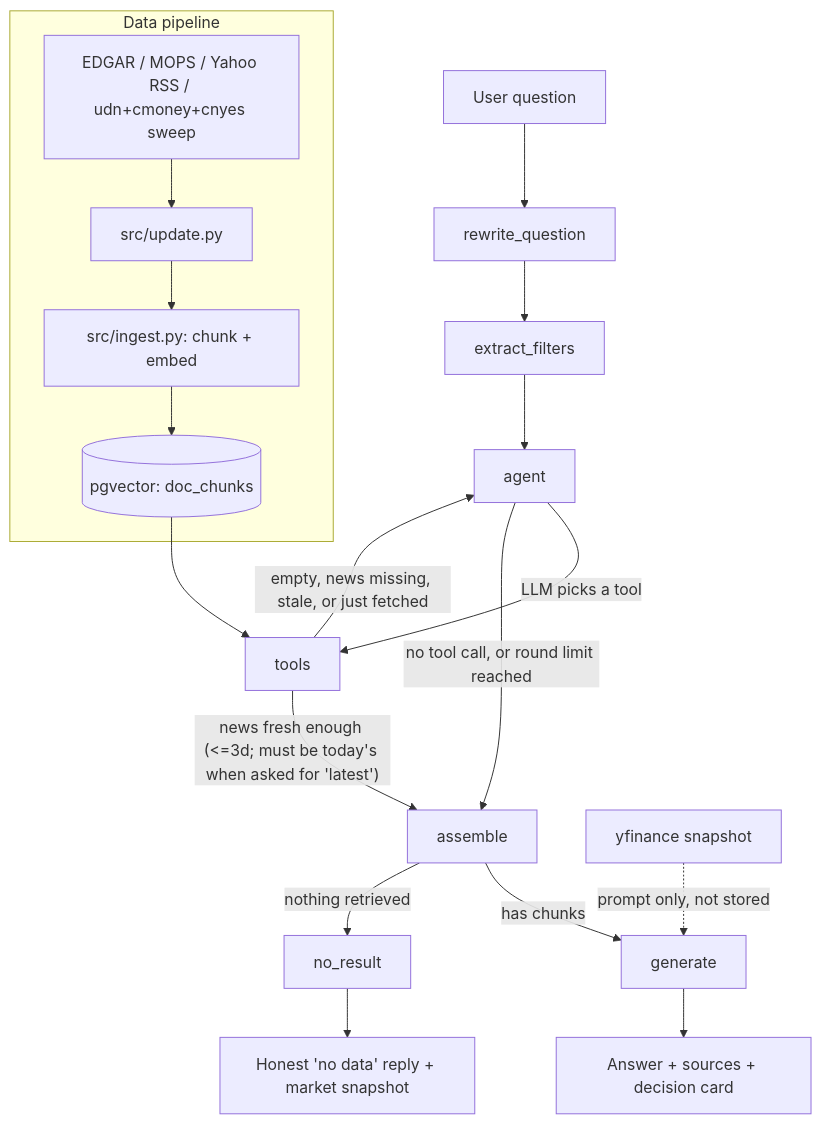
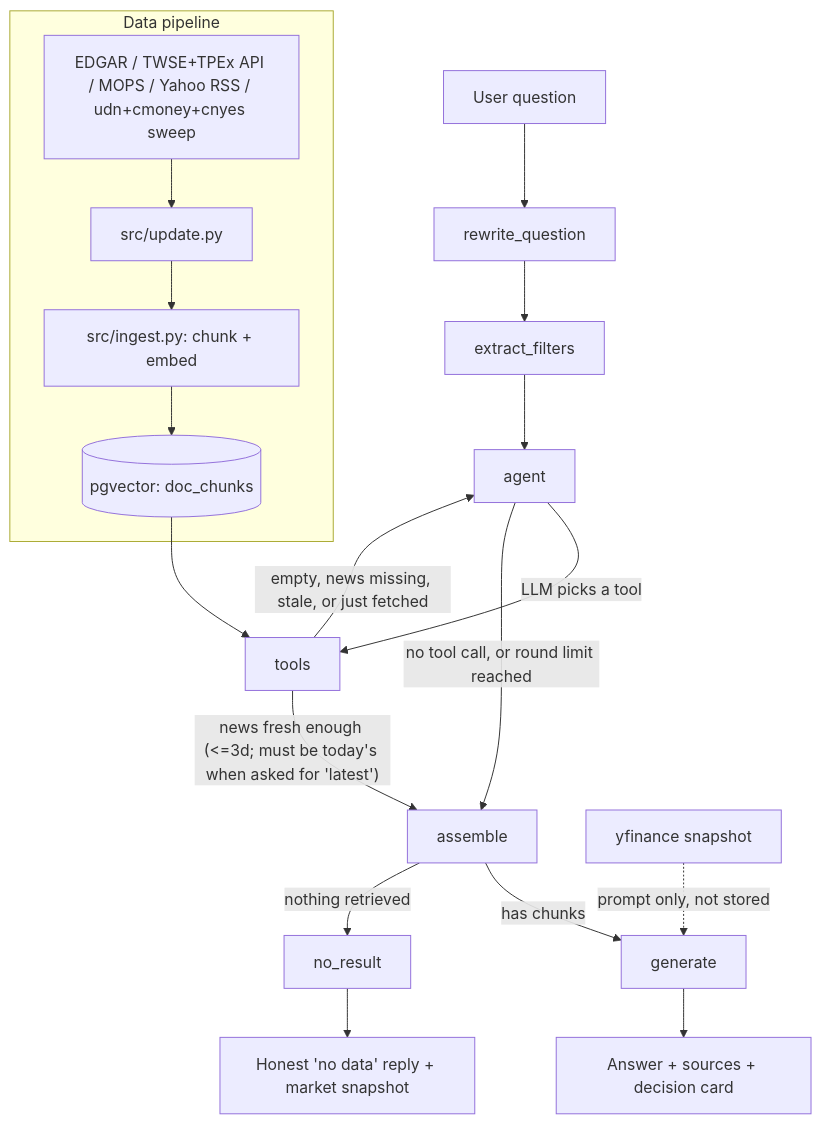
The first of 2 diagrams in README.md (thelilywang/finance-ai-assistant), drawn with Mermaid before and after one commit. The commit also changed other lines of this file and 7 other files, not shown here.

First line of the commit message:
feat(update): fetch TW filings from official API alongside MOPS

````diff
--- a/README.md
+++ b/README.md
@@ -66,22 +66,22 @@
 ```mermaid
 flowchart TD
     U[User question] --> RW[rewrite_question]
     RW --> EF[extract_filters]
     EF --> AG[agent]
     AG -->|LLM picks a tool| TL[tools]
     AG -->|no tool call, or round limit reached| AS[assemble]
     TL -->|"news fresh enough (<=3d; must be today's when asked for 'latest')"| AS
     TL -->|"empty, news missing, stale, or just fetched"| AG
     AS -->|has chunks| GEN[generate]
     AS -->|nothing retrieved| NR[no_result]
     GEN --> A[Answer + sources + decision card]
     NR --> B["Honest 'no data' reply + market snapshot"]
 
     subgraph Data pipeline
-        SRC[EDGAR / MOPS / Yahoo RSS / udn+cmoney+cnyes sweep] --> UP[src/update.py]
+        SRC[EDGAR / TWSE+TPEx API / MOPS / Yahoo RSS / udn+cmoney+cnyes sweep] --> UP[src/update.py]
         UP --> ING[src/ingest.py: chunk + embed]
         ING --> PG[(pgvector: doc_chunks)]
     end
     PG --> TL
     YF[yfinance snapshot] -.prompt only, not stored.-> GEN
 ```
````
